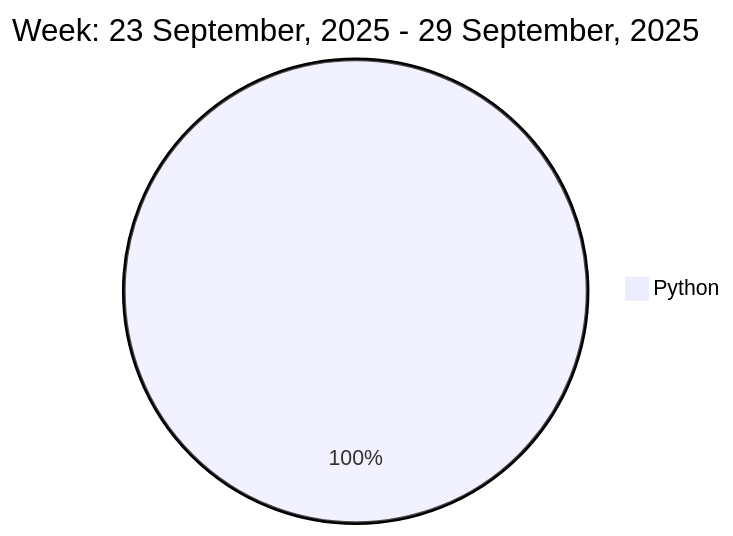
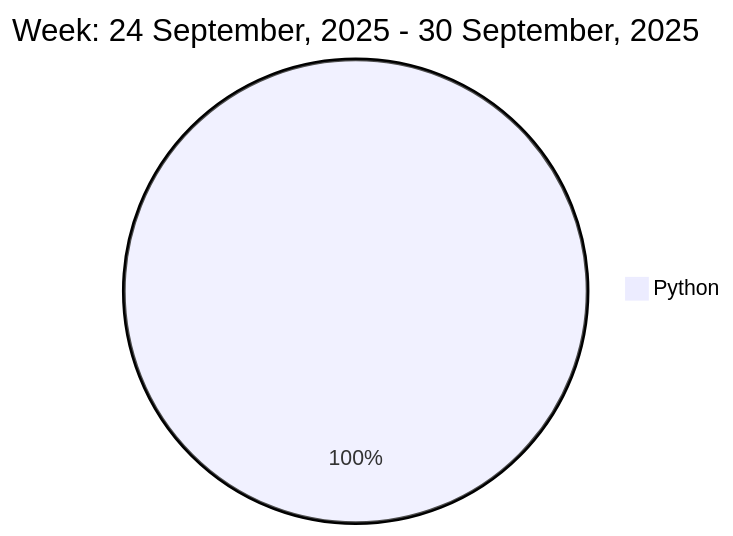
Before and after one commit to liubin95/liubin95: the diagram in README.md, drawn with Mermaid.

Commit message:
Updated the Graph with new Metrics

````diff
--- a/README.md
+++ b/README.md
@@ -37,5 +37,5 @@
 ```mermaid
  pie
-title Week: 23 September, 2025 - 29 September, 2025
- "Python" : 2.02
+title Week: 24 September, 2025 - 30 September, 2025
+ "Python" : 2.37
 ```
````
